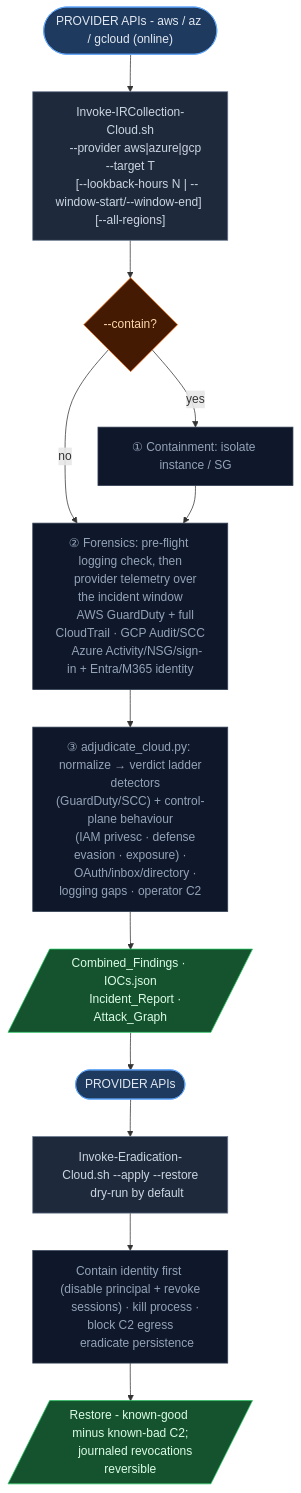
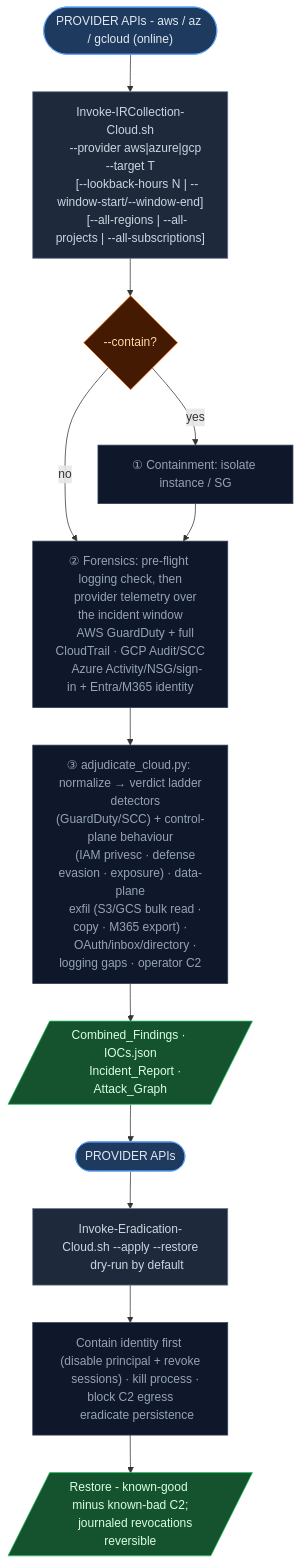
One commit to robert-iw3/ir_toolkit changed the diagram in WORKFLOW-CLOUD.md. Above: the diagram before and after it, drawn with Mermaid. The commit also changed other lines of this file and 36 other files, not shown here.

````diff
--- a/WORKFLOW-CLOUD.md
+++ b/WORKFLOW-CLOUD.md
@@ -13,35 +13,37 @@
 ```mermaid
 flowchart TD
     B0(["PROVIDER APIs - aws / az / gcloud (online)"]):::phase
     B0 --> B1["Invoke-IRCollection-Cloud.sh
     --provider aws|azure|gcp --target T
-    [--lookback-hours N | --window-start/--window-end] [--all-regions]"]:::tool
+    [--lookback-hours N | --window-start/--window-end]
+    [--all-regions | --all-projects | --all-subscriptions]"]:::tool
     B1 --> B2{"--contain?"}:::decision
     B2 -->|yes| B3["① Containment: isolate instance / SG"]:::step
     B2 -->|no| B4
     B3 --> B4["② Forensics: pre-flight logging check, then
     provider telemetry over the incident window
     AWS GuardDuty + full CloudTrail · GCP Audit/SCC
     Azure Activity/NSG/sign-in + Entra/M365 identity"]:::step
     B4 --> B5["③ adjudicate_cloud.py: normalize → verdict ladder
     detectors (GuardDuty/SCC) + control-plane behaviour
-    (IAM privesc · defense evasion · exposure) ·
+    (IAM privesc · defense evasion · exposure) · data-plane
+    exfil (S3/GCS bulk read · copy · M365 export) ·
     OAuth/inbox/directory · logging gaps · operator C2"]:::step
     B5 --> B6[/"Combined_Findings · IOCs.json
     Incident_Report · Attack_Graph"/]:::artifact
 
     B6 --> D0(["PROVIDER APIs"]):::phase
     D0 --> D1["Invoke-Eradication-Cloud.sh --apply --restore
     dry-run by default"]:::tool
     D1 --> D2["Contain identity first (disable principal + revoke
     sessions) · kill process · block C2 egress
     eradicate persistence"]:::step
     D2 --> D3[/"Restore - known-good minus known-bad C2;
     journaled revocations reversible"/]:::artifact
 
     classDef phase fill:#1e3a5f,stroke:#60a5fa,color:#e2e8f0,rx:20
     classDef tool  fill:#1e293b,stroke:#64748b,color:#cbd5e1
     classDef step  fill:#0f172a,stroke:#334155,color:#94a3b8
     classDef artifact fill:#14532d,stroke:#22c55e,color:#dcfce7
     classDef decision fill:#451a03,stroke:#f97316,color:#fed7aa
 ```
````
